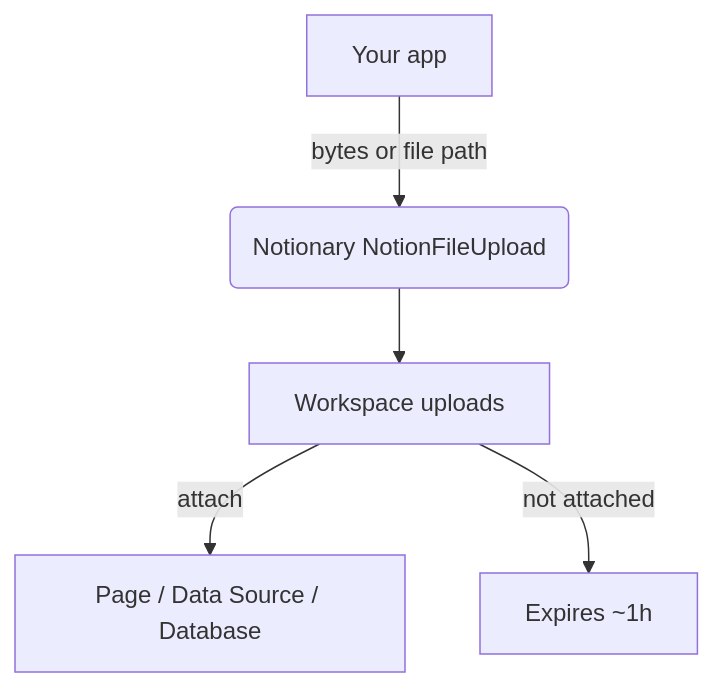
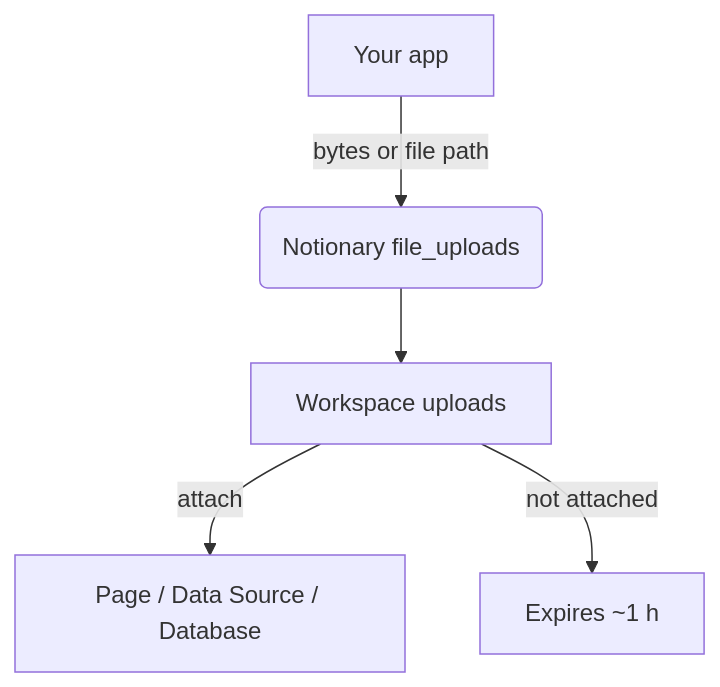
Before and after one commit to mathisarends/notionary: the diagram in docs/file_upload/index.md, drawn with Mermaid. The commit also changed other lines of this file and 22 other files, not shown here.

````diff
--- a/docs/file_upload/index.md
+++ b/docs/file_upload/index.md
@@ -5,7 +5,7 @@
 ```mermaid
 flowchart TD
-	A[Your app] -->|bytes or file path| B(Notionary NotionFileUpload)
-	B --> C[Workspace uploads]
-	C -->|attach| D[Page / Data Source / Database]
-	C -->|not attached| E[Expires ~1h]
+    A[Your app] -->|bytes or file path| B(Notionary file_uploads)
+    B --> C[Workspace uploads]
+    C -->|attach| D[Page / Data Source / Database]
+    C -->|not attached| E[Expires ~1 h]
 ```
````
